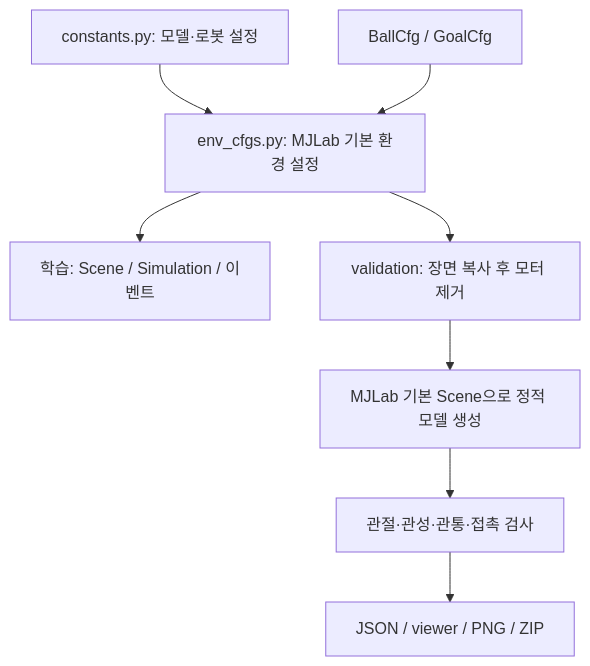
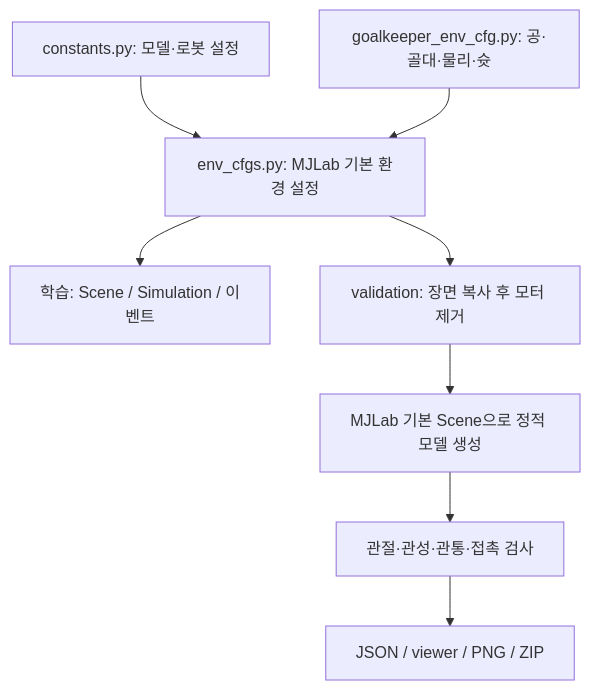
One commit to JaeWook-S/Humanoid-GoalKeeper-Motion changed the diagram in docs/구현1단계.md. Above: the diagram before and after it, drawn with Mermaid. The commit also changed other lines of this file and 19 other files, not shown here.

````diff
--- a/docs/구현1단계.md
+++ b/docs/구현1단계.md
@@ -89,10 +93,10 @@
 ```mermaid
 flowchart TD
     A[constants.py: 모델·로봇 설정] --> B[env_cfgs.py: MJLab 기본 환경 설정]
-    C[BallCfg / GoalCfg] --> B
+    C[goalkeeper_env_cfg.py: 공·골대·물리·슛] --> B
     B --> D[학습: Scene / Simulation / 이벤트]
     B --> E[validation: 장면 복사 후 모터 제거]
     E --> F[MJLab 기본 Scene으로 정적 모델 생성]
     F --> G[관절·관성·관통·접촉 검사]
     G --> H[JSON / viewer / PNG / ZIP]
 ```
````
